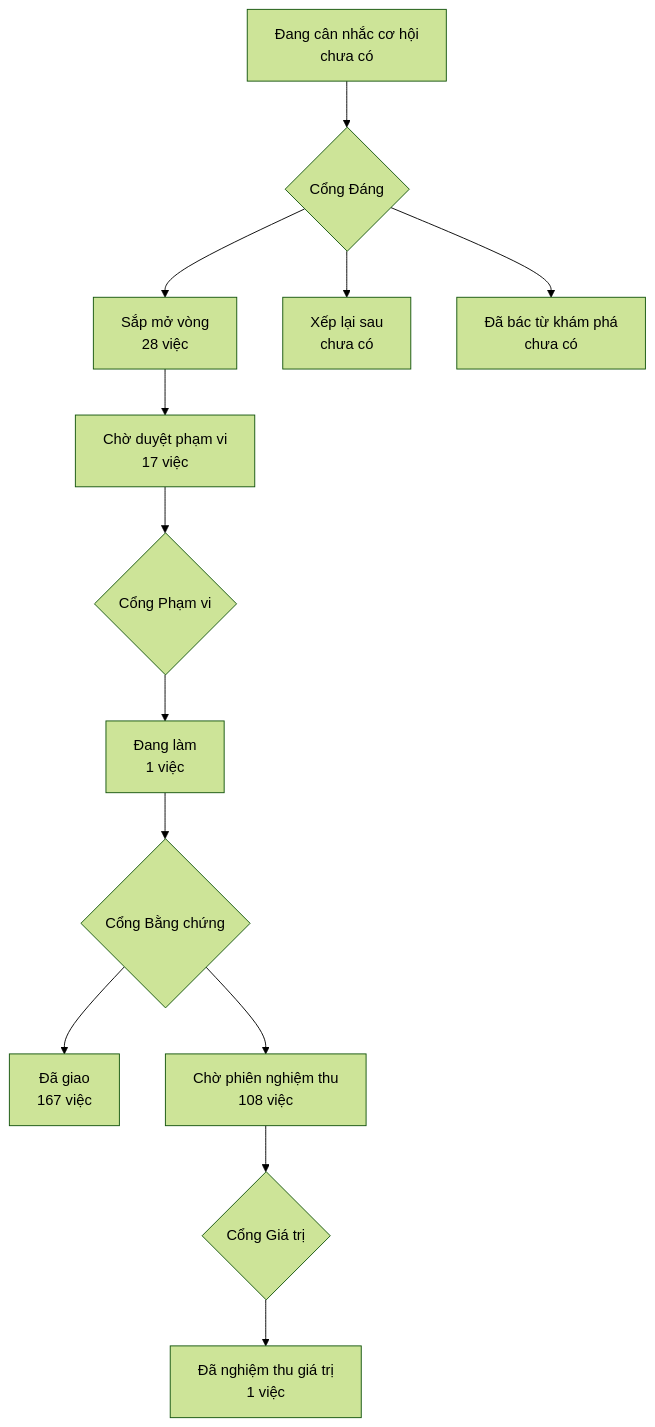
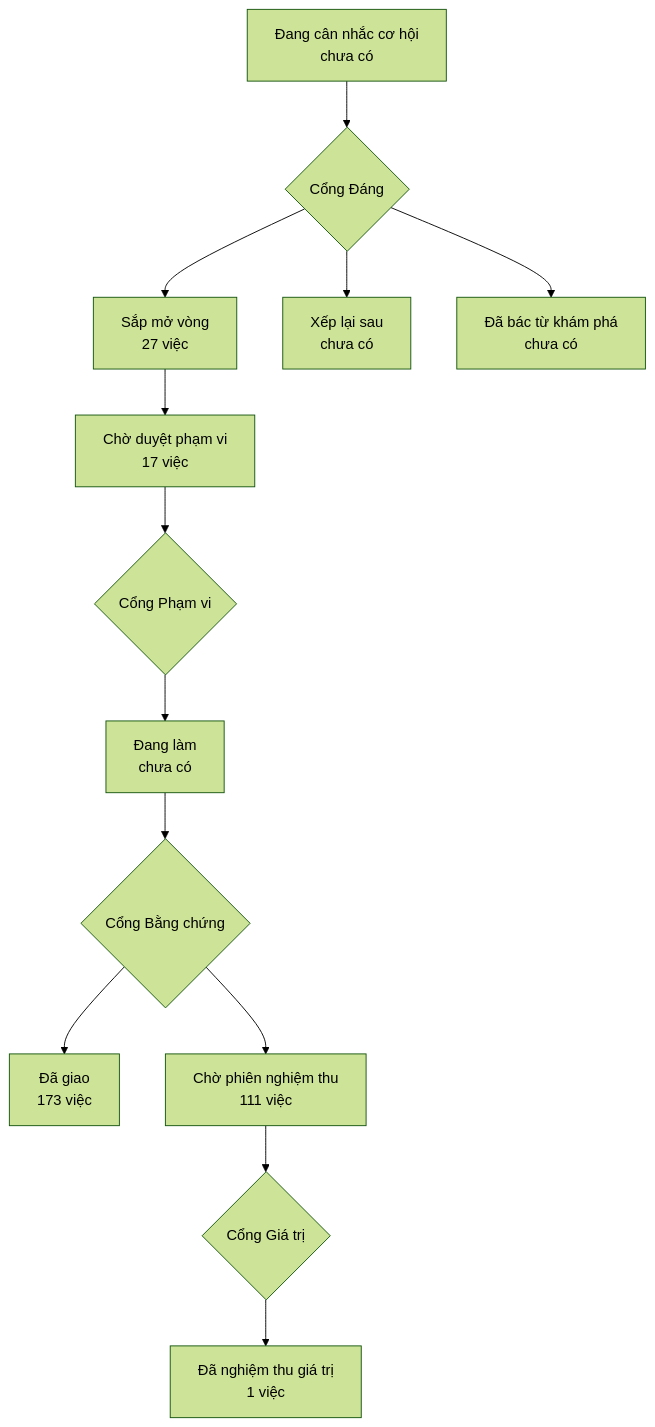
The diagram in PRODUCT-MAP.md (phanlemanh/onehub-invest), drawn with Mermaid (forest theme) before and after one commit. The commit also changed other lines of this file and 6 other files, not shown here.

````diff
--- a/PRODUCT-MAP.md
+++ b/PRODUCT-MAP.md
@@ -7,12 +7,12 @@
 ```mermaid
 flowchart TD
   A["Đang cân nhắc cơ hội<br/>chưa có"] --> GD{"Cổng Đáng"}
-  GD --> B["Sắp mở vòng<br/>28 việc"]
+  GD --> B["Sắp mở vòng<br/>27 việc"]
   GD --> XL["Xếp lại sau<br/>chưa có"]
   GD --> DB["Đã bác từ khám phá<br/>chưa có"]
   B --> CD["Chờ duyệt phạm vi<br/>17 việc"] --> GP{"Cổng Phạm vi"}
-  GP --> DL["Đang làm<br/>1 việc"] --> GB{"Cổng Bằng chứng"}
-  GB --> DG["Đã giao<br/>167 việc"]
-  GB --> CN["Chờ phiên nghiệm thu<br/>108 việc"] --> GG{"Cổng Giá trị"}
+  GP --> DL["Đang làm<br/>chưa có"] --> GB{"Cổng Bằng chứng"}
+  GB --> DG["Đã giao<br/>173 việc"]
+  GB --> CN["Chờ phiên nghiệm thu<br/>111 việc"] --> GG{"Cổng Giá trị"}
   GG --> NT["Đã nghiệm thu giá trị<br/>1 việc"]
 ```
````
